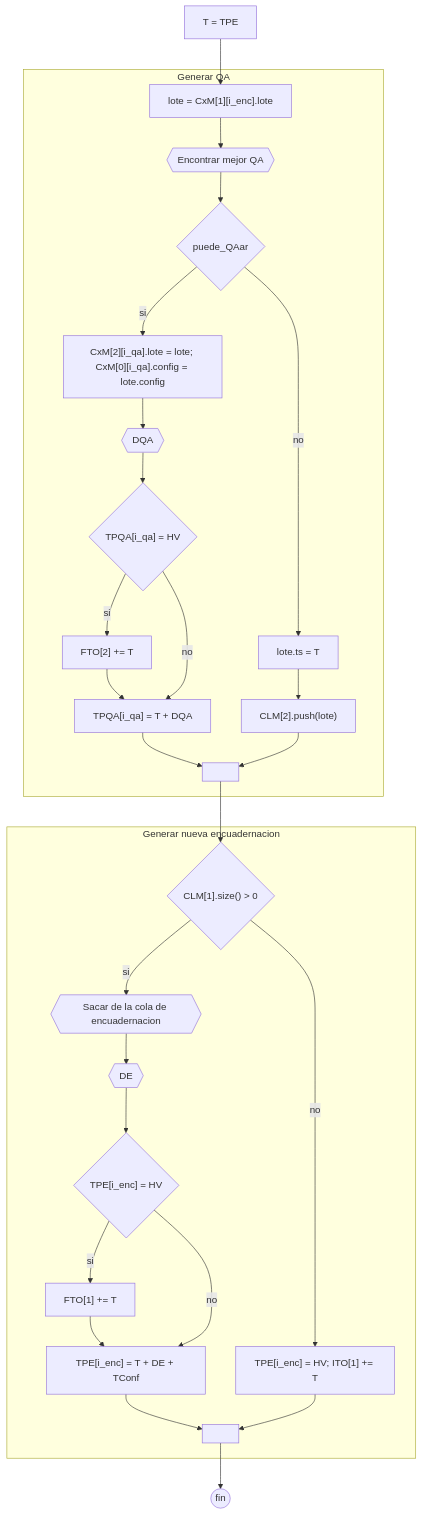
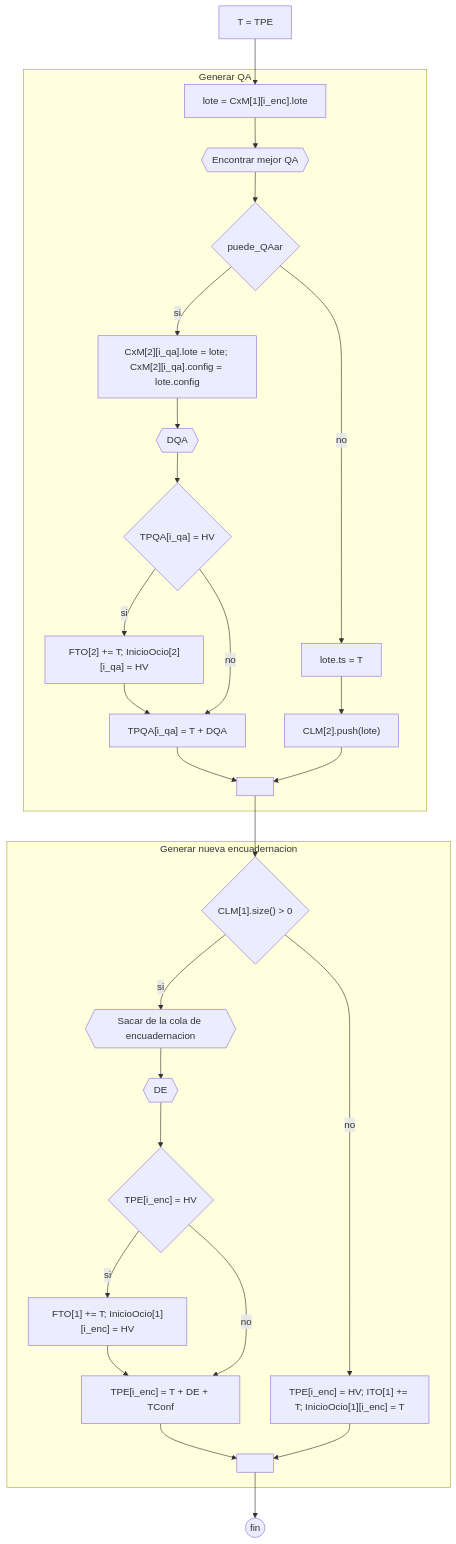
The diagram in docs/Diagramas/encuadernacion/Encuadernacion.mermaid (JuanManuelPrividera/TP-Simu), drawn with Mermaid before and after one commit. The commit also changed 12 other files, not shown here.

```diff
--- a/docs/Diagramas/encuadernacion/Encuadernacion.mermaid
+++ b/docs/Diagramas/encuadernacion/Encuadernacion.mermaid
@@ -1,20 +1,20 @@
 flowchart TD
     direction TD
 
     a[T = TPE] --> lote["lote = CxM[1][i_enc].lote"]
 
     subgraph Generar QA
     lote --> g{{Encontrar mejor QA}} --> if2{puede_QAar}
-    if2 --> |si| aaa0["CxM[2][i_qa].lote = lote; CxM[0][i_qa].config = lote.config"] --> aaa{{DQA}} --> ii1{"TPQA[i_qa] = HV"} --> |si| ii2["FTO[2] += T"] --> hh
+    if2 --> |si| aaa0["CxM[2][i_qa].lote = lote; CxM[2][i_qa].config = lote.config"] --> aaa{{DQA}} --> ii1{"TPQA[i_qa] = HV"} --> |si| ii2["FTO[2] += T; InicioOcio[2][i_qa] = HV"] --> hh
     ii1 --> |no| hh["TPQA[i_qa] = T + DQA"] --> ll[" "]
     if2 --> |no| z9["lote.ts = T"] --> aa["CLM[2].push(lote)"] --> ll
     end
 
     subgraph Generar nueva encuadernacion
     ll --> if{"CLM[1].size() > 0"}
-    if --> |si| e{{"Sacar de la cola de encuadernacion"}} --> s{{DE}} --> i1{"TPE[i_enc] = HV"} --> |si| i2["FTO[1] += T"] --> b
+    if --> |si| e{{"Sacar de la cola de encuadernacion"}} --> s{{DE}} --> i1{"TPE[i_enc] = HV"} --> |si| i2["FTO[1] += T; InicioOcio[1][i_enc] = HV"] --> b
     i1 --> |no| b["TPE[i_enc] = T + DE + TConf"] --> l[" "]
-    if --> |no| zz["TPE[i_enc] = HV; ITO[1] += T"] --> l
+    if --> |no| zz["TPE[i_enc] = HV; ITO[1] += T; InicioOcio[1][i_enc] = T"] --> l
     end
 
     l --> fin((fin))
```
